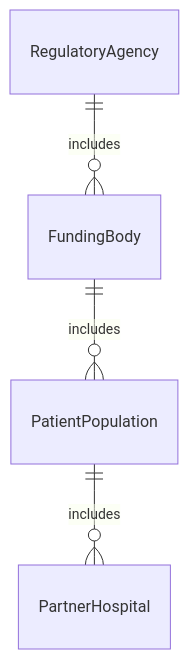
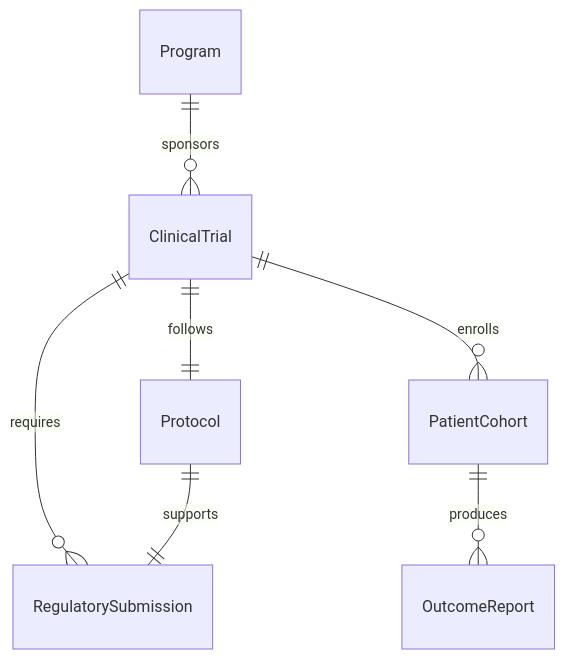
One commit to dot-org-ai/tasks.org.ai changed the first of 4 diagrams in GuidingDirectingAndMotivatingSubordinates/DirectScientificOrTechnicalActivities/DirectMedicalScienceHealthcarePrograms.mdx. Above: the diagram before and after it, drawn with Mermaid. The commit also changed other lines of this file and 515 other files, not shown here.

````diff
--- a/GuidingDirectingAndMotivatingSubordinates/DirectScientificOrTechnicalActivities/DirectMedicalScienceHealthcarePrograms.mdx
+++ b/GuidingDirectingAndMotivatingSubordinates/DirectScientificOrTechnicalActivities/DirectMedicalScienceHealthcarePrograms.mdx
@@ -88,6 +88,9 @@
 ```mermaid
 erDiagram
-    RegulatoryAgency ||--o{ FundingBody : includes
-    FundingBody ||--o{ PatientPopulation : includes
-    PatientPopulation ||--o{ PartnerHospital : includes
+    Program ||--o{ ClinicalTrial : "sponsors"
+    ClinicalTrial ||--|| Protocol : "follows"
+    ClinicalTrial ||--o{ PatientCohort : "enrolls"
+    ClinicalTrial ||--o{ RegulatorySubmission : "requires"
+    PatientCohort ||--o{ OutcomeReport : "produces"
+    Protocol ||--|| RegulatorySubmission : "supports"
 ```
````
